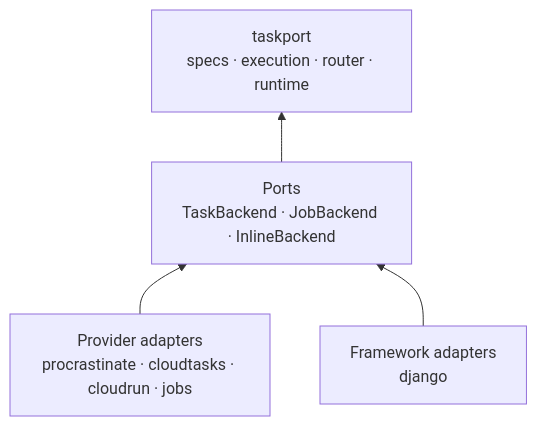
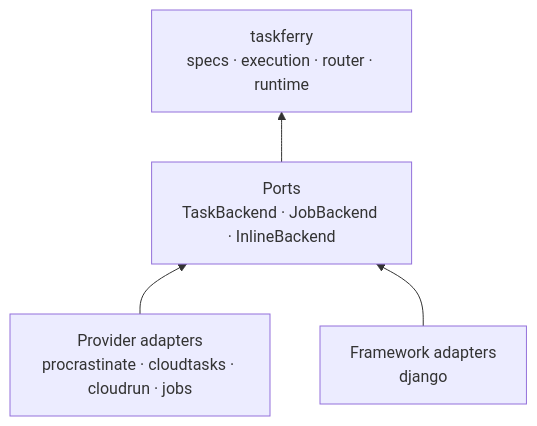
The first of 3 diagrams in docs/architecture/overview.md (xiidigital/taskferry), drawn with Mermaid before and after one commit. The commit also changed other lines of this file and 424 other files, not shown here.

First line of the commit message:
refactor: rebrand taskport to taskferry across all distributions

````diff
--- a/docs/architecture/overview.md
+++ b/docs/architecture/overview.md
@@ -11,11 +11,11 @@
 ```mermaid
 flowchart BT
     PROVIDERS["Provider adapters<br/>procrastinate · cloudtasks · cloudrun · jobs"]
     FRAMEWORKS["Framework adapters<br/>django"]
     PORTS["Ports<br/>TaskBackend · JobBackend · InlineBackend"]
-    CORE["taskport<br/>specs · execution · router · runtime"]
+    CORE["taskferry<br/>specs · execution · router · runtime"]
 
     PROVIDERS --> PORTS
     FRAMEWORKS --> PORTS
     PORTS --> CORE
 ```
````
